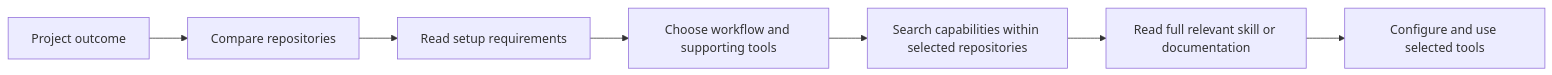
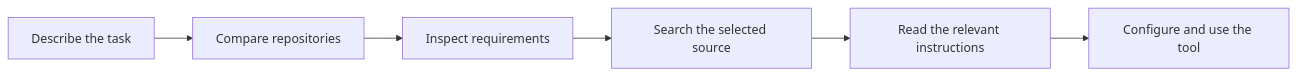
Before and after one commit to cjcsecurity/ai-toolkit: the first of 2 diagrams in README.md, drawn with Mermaid. The commit also changed other lines of this file and 45 other files, not shown here.

````diff
--- a/README.md
+++ b/README.md
@@ -49,9 +82,8 @@
 ```mermaid
 flowchart LR
-    A[Project outcome] --> B[Compare repositories]
-    B --> C[Read setup requirements]
-    C --> D[Choose workflow and supporting tools]
-    D --> E[Search capabilities within selected repositories]
-    E --> F[Read full relevant skill or documentation]
-    F --> G[Configure and use selected tools]
+    A[Describe the task] --> B[Compare repositories]
+    B --> C[Inspect requirements]
+    C --> D[Search the selected source]
+    D --> E[Read the relevant instructions]
+    E --> F[Configure and use the tool]
 ```
````
